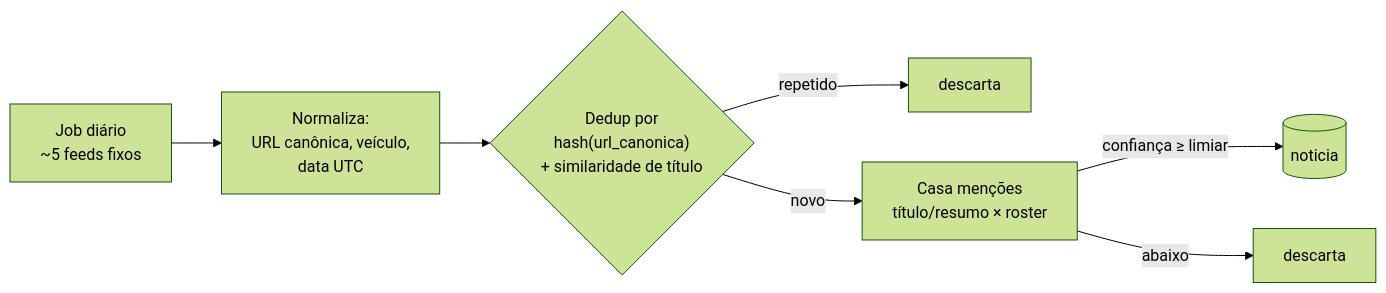
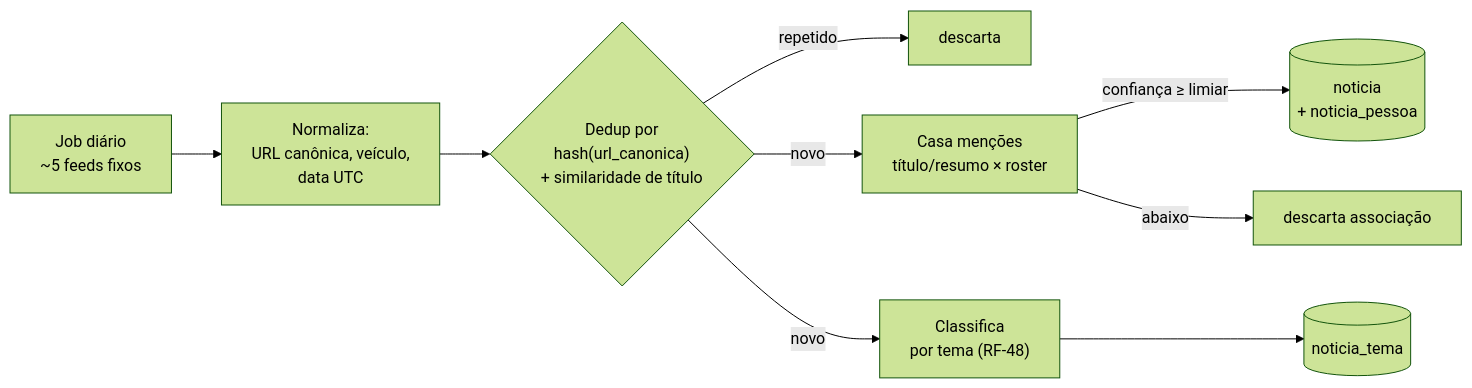
One commit to IgorLucasAssuncao/poligraph changed the second of 2 diagrams in docs/arq/20-crawler-noticias.md. Above: the diagram before and after it, drawn with Mermaid (forest theme). The commit also changed other lines of this file and 1 other file, not shown here.

````diff
--- a/docs/arq/20-crawler-noticias.md
+++ b/docs/arq/20-crawler-noticias.md
@@ -154,9 +167,11 @@
 ```mermaid
 flowchart LR
     A["Job diário<br/>~5 feeds fixos"] --> C["Normaliza:<br/>URL canônica, veículo,<br/>data UTC"]
     C --> D{"Dedup por<br/>hash(url_canonica)<br/>+ similaridade de título"}
     D -->|repetido| X["descarta"]
     D -->|novo| E["Casa menções<br/>título/resumo × roster"]
-    E -->|"confiança ≥ limiar"| F[("noticia")]
-    E -->|"abaixo"| Y["descarta"]
+    D -->|novo| T["Classifica<br/>por tema (RF-48)"]
+    E -->|"confiança ≥ limiar"| F[("noticia<br/>+ noticia_pessoa")]
+    E -->|"abaixo"| Y["descarta associação"]
+    T --> F2[("noticia_tema")]
 ```
````
